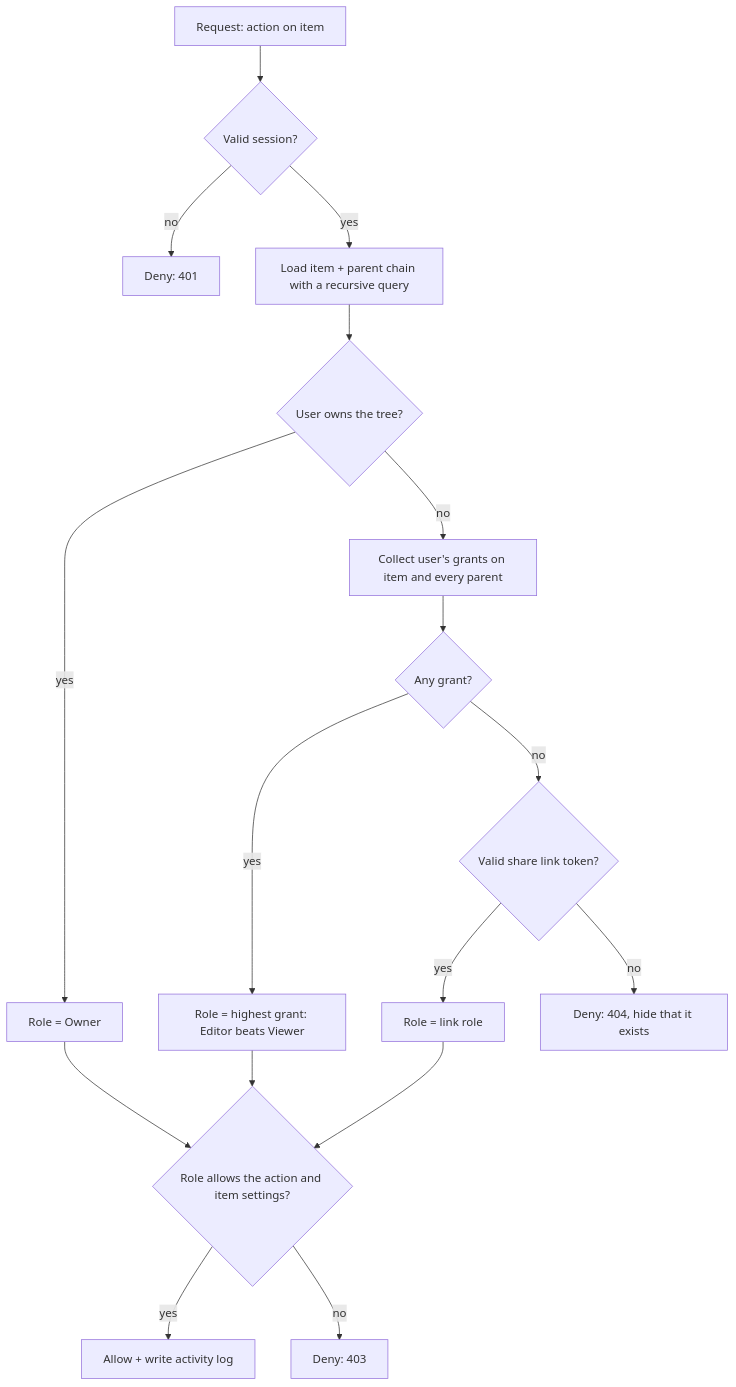
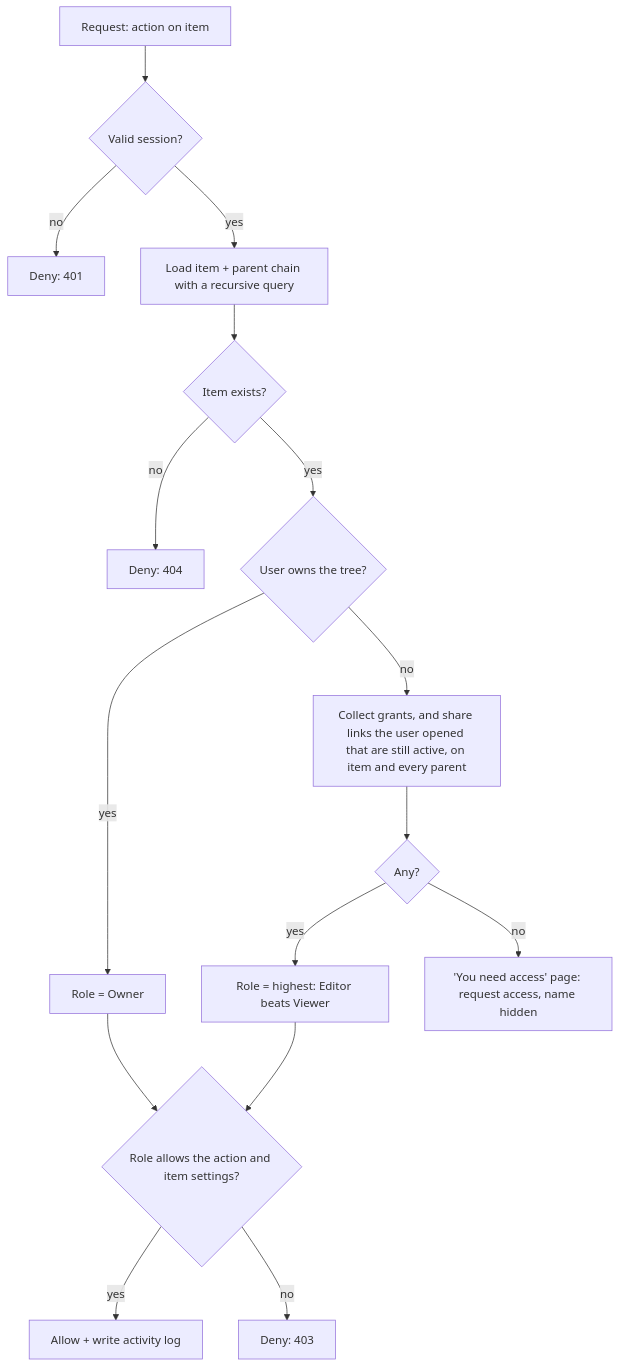
The seventh of 11 diagrams in docs/diagrams.md (Jitesh2Git/devsbucket), drawn with Mermaid before and after one commit. The commit also changed other lines of this file and 6 other files, not shown here.

````diff
--- a/docs/diagrams.md
+++ b/docs/diagrams.md
@@ -311,19 +339,18 @@
 ```mermaid
 flowchart TD
   req["Request: action on item"] --> s{"Valid session?"}
   s -->|"no"| d401["Deny: 401"]
   s -->|"yes"| load["Load item + parent chain with a recursive query"]
-  load --> own{"User owns the tree?"}
+  load --> exists{"Item exists?"}
+  exists -->|"no"| d404["Deny: 404"]
+  exists -->|"yes"| own{"User owns the tree?"}
   own -->|"yes"| rOwner["Role = Owner"]
-  own -->|"no"| grants["Collect user's grants on item and every parent"]
-  grants --> any{"Any grant?"}
-  any -->|"yes"| rBest["Role = highest grant: Editor beats Viewer"]
-  any -->|"no"| link{"Valid share link token?"}
-  link -->|"yes"| rLink["Role = link role"]
-  link -->|"no"| d404["Deny: 404, hide that it exists"]
+  own -->|"no"| grants["Collect grants, and share links the user opened that are still active, on item and every parent"]
+  grants --> any{"Any?"}
+  any -->|"yes"| rBest["Role = highest: Editor beats Viewer"]
+  any -->|"no"| need["'You need access' page: request access, name hidden"]
   rOwner --> allow{"Role allows the action and item settings?"}
   rBest --> allow
-  rLink --> allow
   allow -->|"yes"| ok["Allow + write activity log"]
   allow -->|"no"| d403["Deny: 403"]
 ```
````
